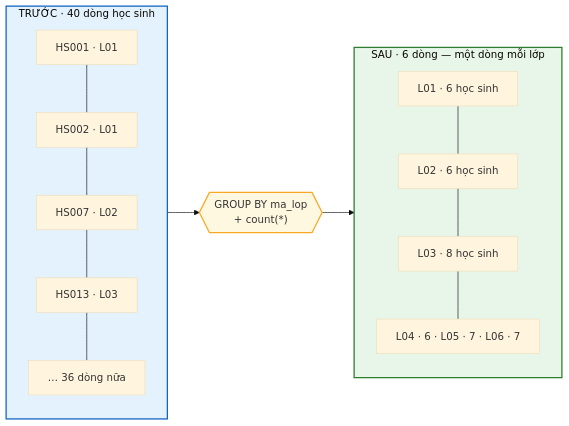
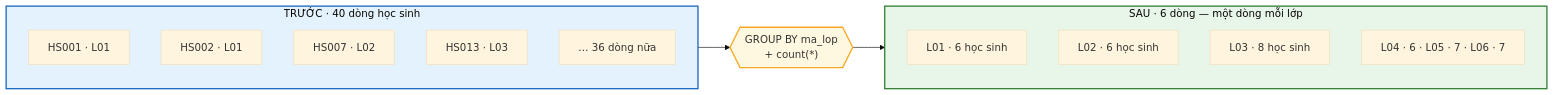
The second of 2 diagrams in docs/cap-3-sql/26-group-by-having.md (hungnguyen010518/database-tu-a-z), drawn with Mermaid (base theme) before and after one commit. The commit also changed other lines of this file and 6 other files, not shown here.

````diff
--- a/docs/cap-3-sql/26-group-by-having.md
+++ b/docs/cap-3-sql/26-group-by-having.md
@@ -180,29 +264,27 @@
 ```mermaid
 flowchart LR
     subgraph T["TRƯỚC · 40 dòng học sinh"]
         direction TB
         R1["HS001 · L01"]
         R2["HS002 · L01"]
         R3["HS007 · L02"]
         R4["HS013 · L03"]
         R5["… 36 dòng nữa"]
-        R1 --- R2 --- R3 --- R4 --- R5
     end
 
     GB{{"GROUP BY ma_lop<br/>+ count(*)"}}
 
     subgraph S["SAU · 6 dòng — một dòng mỗi lớp"]
         direction TB
         G1["L01 · 6 học sinh"]
         G2["L02 · 6 học sinh"]
         G3["L03 · 8 học sinh"]
         G4["L04 · 6 · L05 · 7 · L06 · 7"]
-        G1 --- G2 --- G3 --- G4
     end
 
     T --> GB --> S
 
     style T fill:#e3f2fd,stroke:#1565c0,stroke-width:2px
     style GB fill:#fff8e1,stroke:#f9a825,stroke-width:2px
     style S fill:#e8f5e9,stroke:#2e7d32,stroke-width:2px
 ```
````
